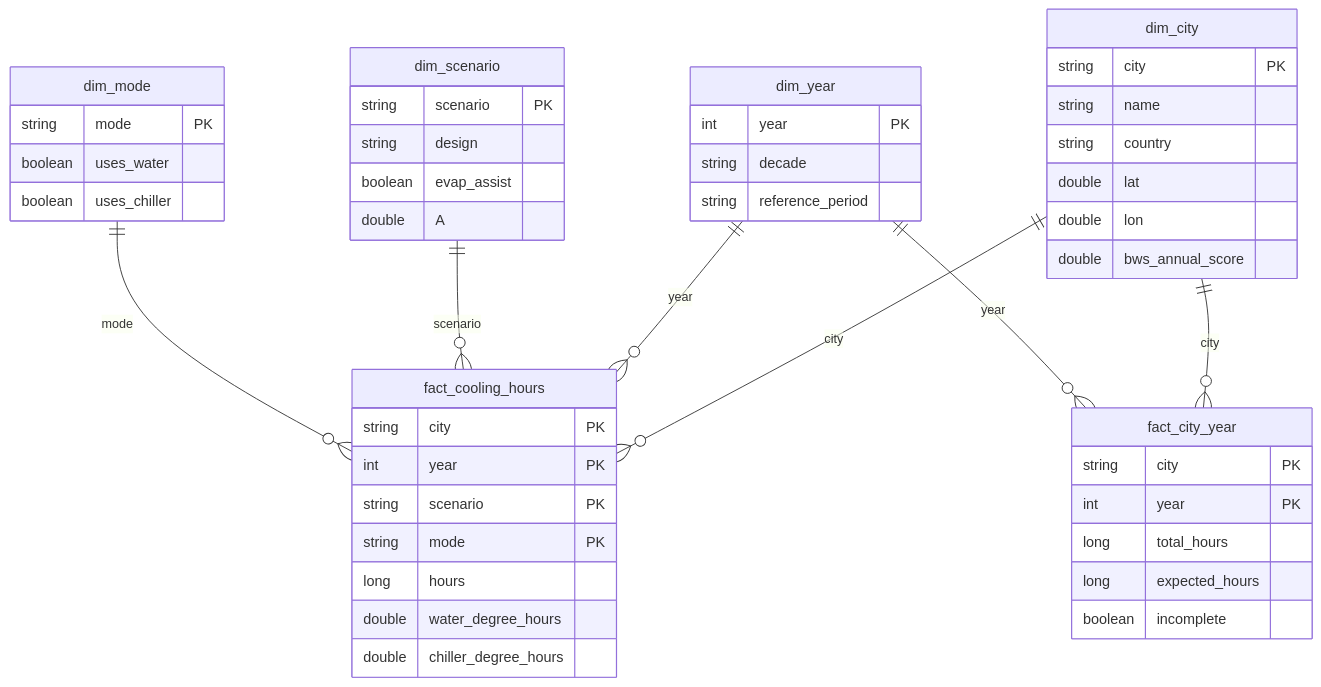
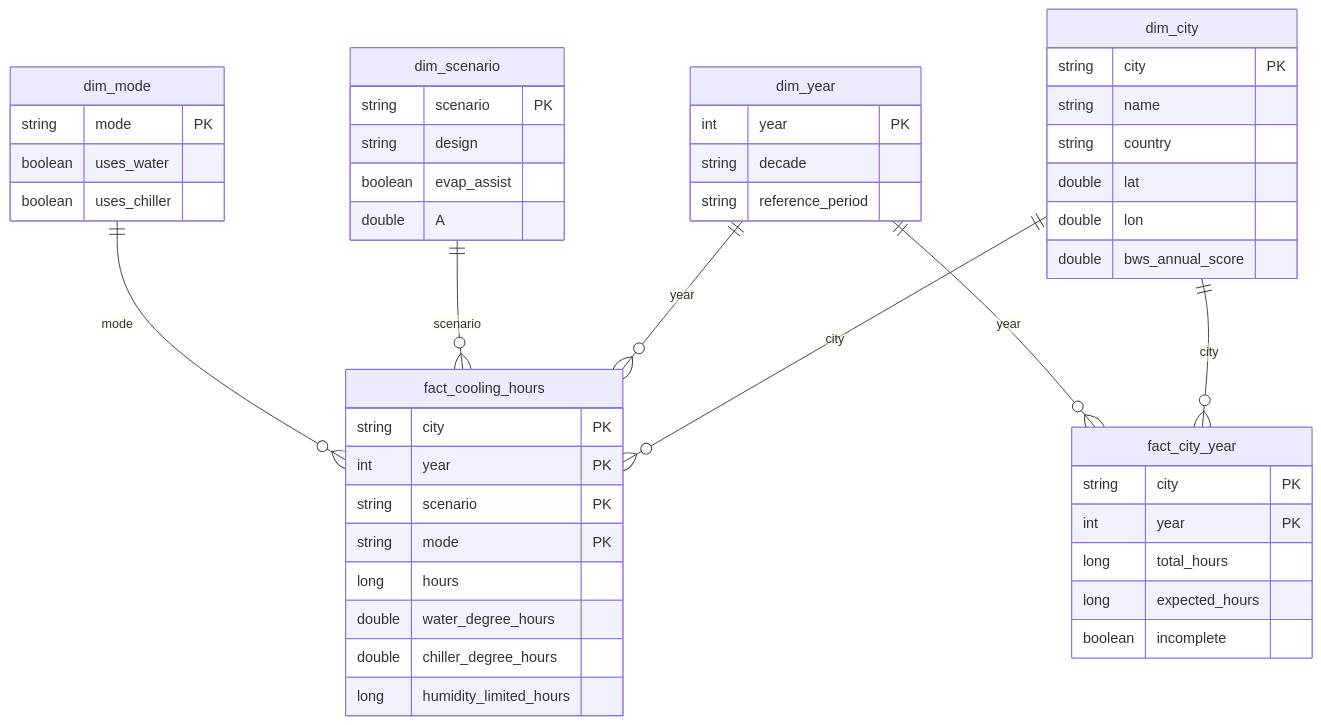
One commit to ncg2si/coolsite changed the diagram in docs/data_model.md. Above: the diagram before and after it, drawn with Mermaid. The commit also changed other lines of this file and 4 other files, not shown here.

````diff
--- a/docs/data_model.md
+++ b/docs/data_model.md
@@ -59,50 +59,51 @@
 ```mermaid
 erDiagram
     dim_city     ||--o{ fact_cooling_hours : city
     dim_year     ||--o{ fact_cooling_hours : year
     dim_scenario ||--o{ fact_cooling_hours : scenario
     dim_mode     ||--o{ fact_cooling_hours : mode
     dim_city     ||--o{ fact_city_year     : city
     dim_year     ||--o{ fact_city_year     : year
 
     fact_cooling_hours {
         string city PK
         int    year PK
         string scenario PK
         string mode PK
         long   hours
         double water_degree_hours
         double chiller_degree_hours
+        long   humidity_limited_hours
     }
     fact_city_year {
         string city PK
         int    year PK
         long   total_hours
         long   expected_hours
         boolean incomplete
     }
     dim_city {
         string city PK
         string name
         string country
         double lat
         double lon
         double bws_annual_score
     }
     dim_year {
         int    year PK
         string decade
         string reference_period
     }
     dim_scenario {
         string  scenario PK
         string  design
         boolean evap_assist
         double  A
     }
     dim_mode {
         string  mode PK
         boolean uses_water
         boolean uses_chiller
     }
 ```
````
